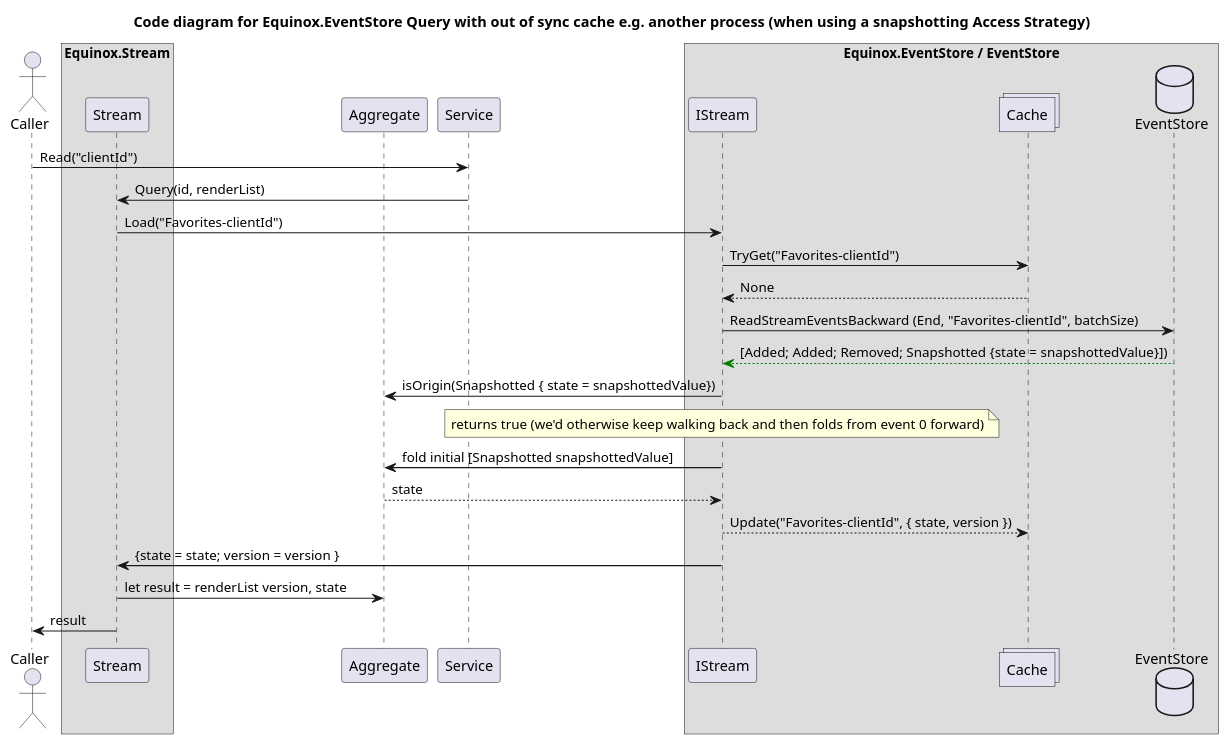
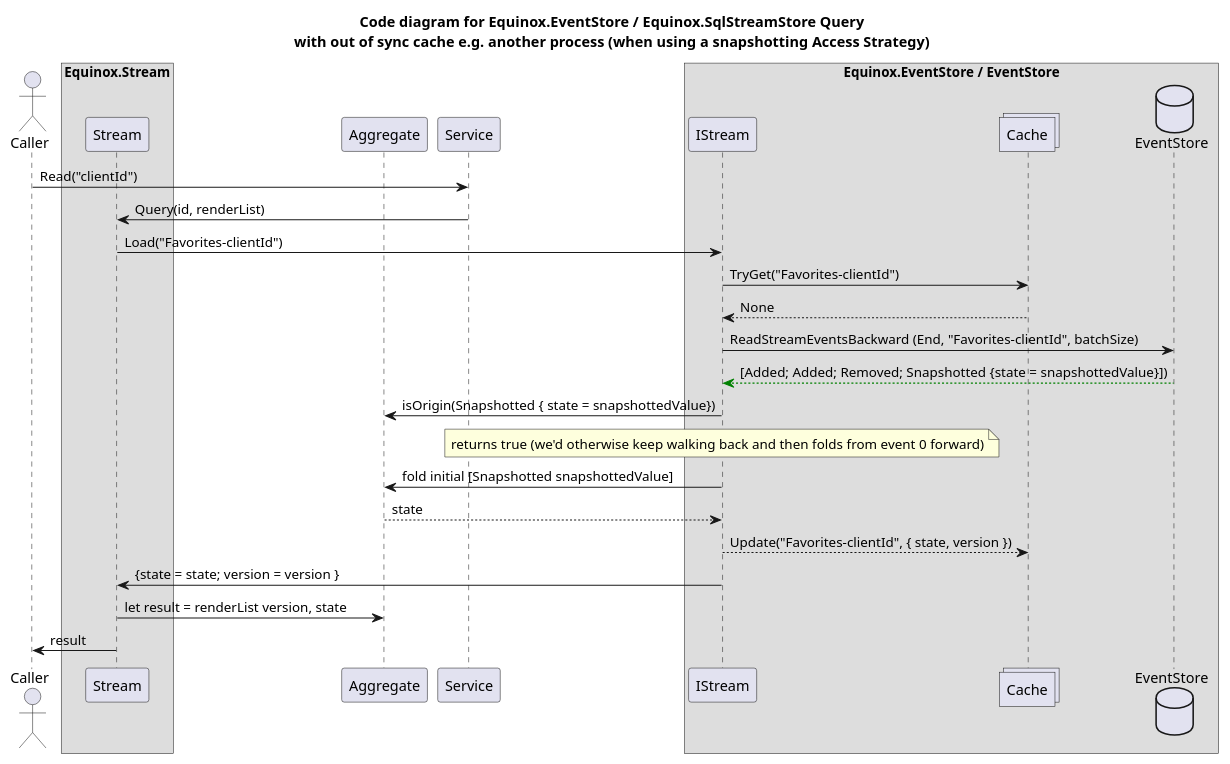
One commit to jet/equinox changed the fourth of 4 diagrams in diagrams/EventStoreCode.puml. Above: the diagram before and after it, drawn with PlantUML. The commit also changed other lines of this file and 1 other file, not shown here.

Commit message:
Mention SqlStreamStore in diagrams

```diff
--- a/diagrams/EventStoreCode.puml
+++ b/diagrams/EventStoreCode.puml
@@ -130,34 +130,34 @@
 @startuml
-title Code diagram for Equinox.EventStore Query with out of sync cache e.g. another process (when using a snapshotting Access Strategy)
+title Code diagram for Equinox.EventStore / Equinox.SqlStreamStore Query\nwith out of sync cache e.g. another process (when using a snapshotting Access Strategy)
 
 actor Caller order 20
 box "Equinox.Stream"
     participant Stream order 40
 end box
 participant Aggregate order 50
 participant Service order 60
 box "Equinox.EventStore / EventStore"
   participant IStream order 80
   collections Cache order 90
   database EventStore order 100
 end box
 
 actor Caller
 Caller -> Service: Read("clientId")
 participant Aggregate
 Service -> Stream: Query(id, renderList)
 Stream -> IStream: Load("Favorites-clientId")
 IStream -> Cache: TryGet("Favorites-clientId")
 Cache --> IStream: None
 IStream -> EventStore: ReadStreamEventsBackward (End, "Favorites-clientId", batchSize)
 EventStore -[#green]-> IStream: [Added; Added; Removed; Snapshotted {state = snapshottedValue}])
 IStream -> Aggregate: isOrigin(Snapshotted { state = snapshottedValue})
 note over IStream: returns true (we'd otherwise keep walking back and then folds from event 0 forward)
 IStream -> Aggregate: fold initial [Snapshotted snapshottedValue]
 Aggregate --> IStream: state
 IStream --> Cache: Update("Favorites-clientId", { state, version })
 IStream -> Stream: {state = state; version = version }
 Stream -> Aggregate: let result = renderList version, state
 Stream -> Caller: result
 
 @enduml
```
